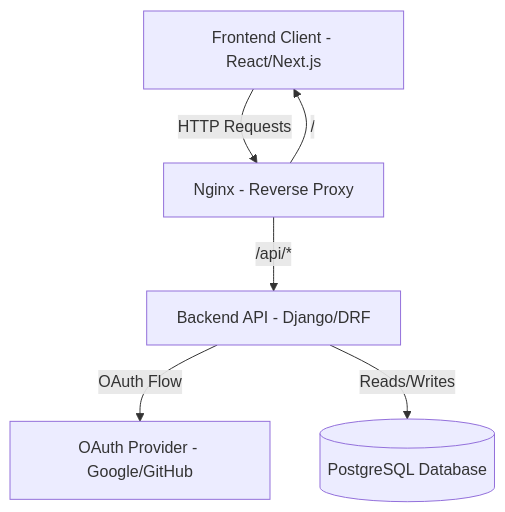
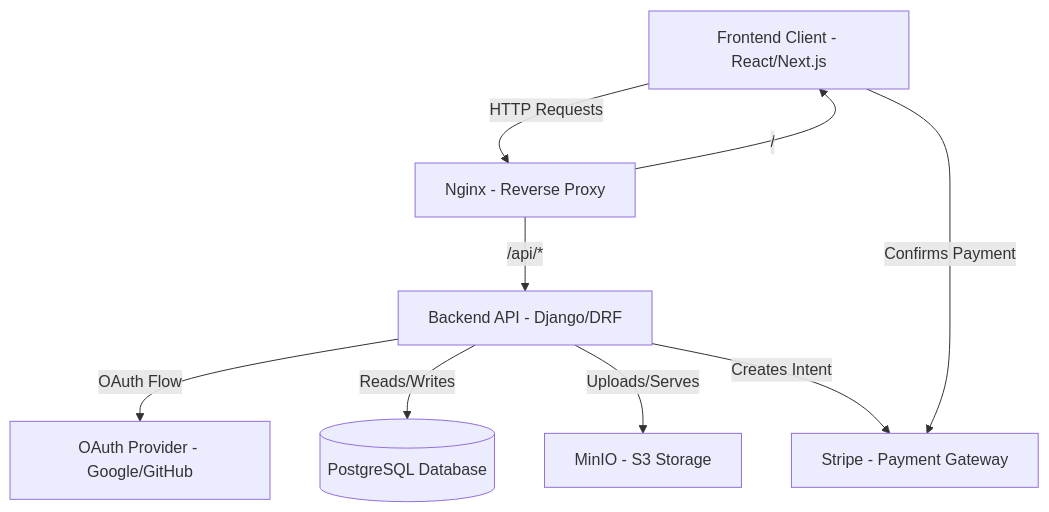
One commit to tpethkar9123/ahoum-sessions-marketplace changed the first of 3 diagrams in README.md. Above: the diagram before and after it, drawn with Mermaid. The commit also changed other lines of this file, not shown here.

Commit message:
docs: update UML diagrams and architecture to include MinIO and Stripe integration

````diff
--- a/README.md
+++ b/README.md
@@ -15,14 +18,19 @@
 ```mermaid
 graph TD
     Client[Frontend Client - React/Next.js]
     Proxy[Nginx - Reverse Proxy]
     API[Backend API - Django/DRF]
     DB[(PostgreSQL Database)]
+    S3[MinIO - S3 Storage]
+    Stripe[Stripe - Payment Gateway]
     Auth[OAuth Provider - Google/GitHub]
 
     Client -- "HTTP Requests" --> Proxy
     Proxy -- "/api/*" --> API
     Proxy -- "/" --> Client
     API -- "OAuth Flow" --> Auth
     API -- "Reads/Writes" --> DB
+    API -- "Uploads/Serves" --> S3
+    API -- "Creates Intent" --> Stripe
+    Client -- "Confirms Payment" --> Stripe
 ```
````
